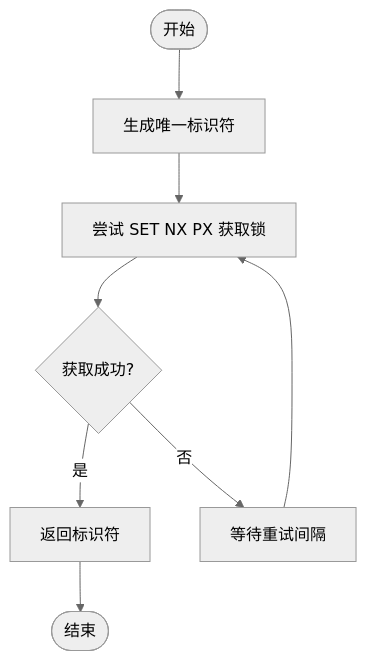
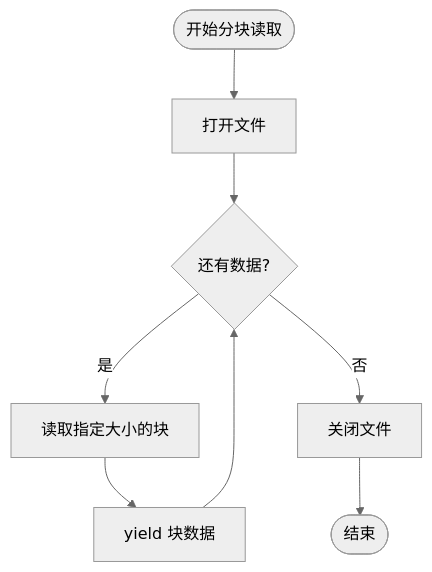
The fourth of 7 diagrams in .qoder/repowiki/zh/content/基础设施工具/通用工具包.md (lilinzezzzzzz/fastapi-backend), drawn with Mermaid (neutral theme) before and after one commit. The commit also changed other lines of this file and 38 other files, not shown here.

````diff
--- a/.qoder/repowiki/zh/content/基础设施工具/通用工具包.md
+++ b/.qoder/repowiki/zh/content/基础设施工具/通用工具包.md
@@ -258,10 +255,10 @@
 ```mermaid
 flowchart TD
-Start(["开始"]) --> Gen["生成唯一标识符"]
-Gen --> TryLock["尝试 SET NX PX 获取锁"]
-TryLock --> Acquired{"获取成功?"}
-Acquired --> |是| ReturnId["返回标识符"]
-Acquired --> |否| Sleep["等待重试间隔"]
-Sleep --> TryLock
-ReturnId --> End(["结束"])
+Start(["开始分块读取"]) --> Open["打开文件"]
+Open --> Loop{"还有数据?"}
+Loop --> |是| Read["读取指定大小的块"]
+Read --> Yield["yield 块数据"]
+Yield --> Loop
+Loop --> |否| Close["关闭文件"]
+Close --> End(["结束"])
 ```
````
